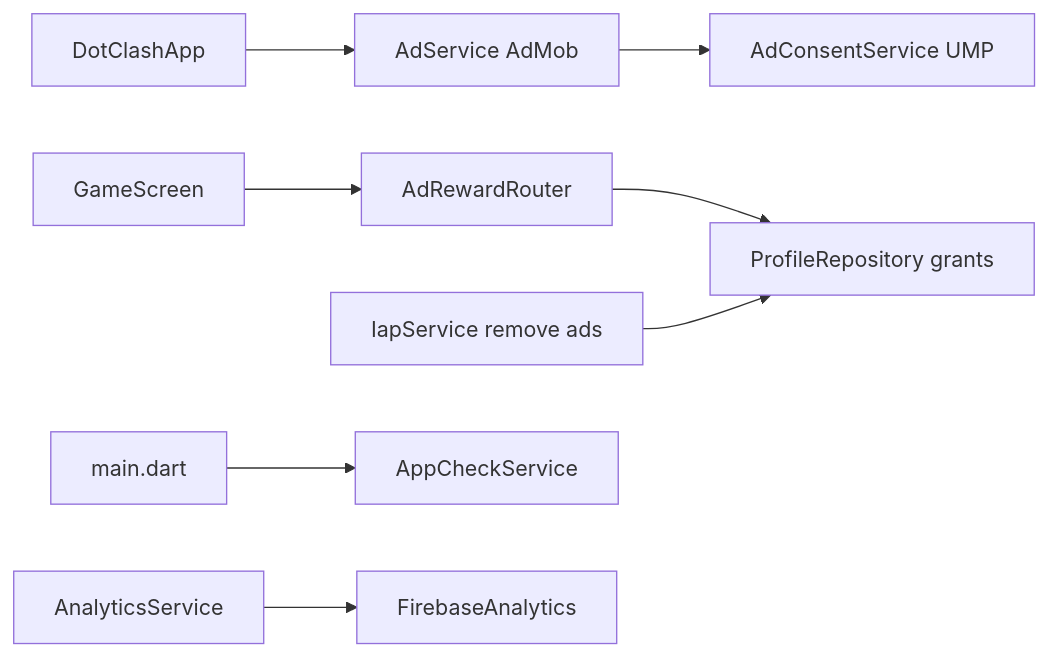
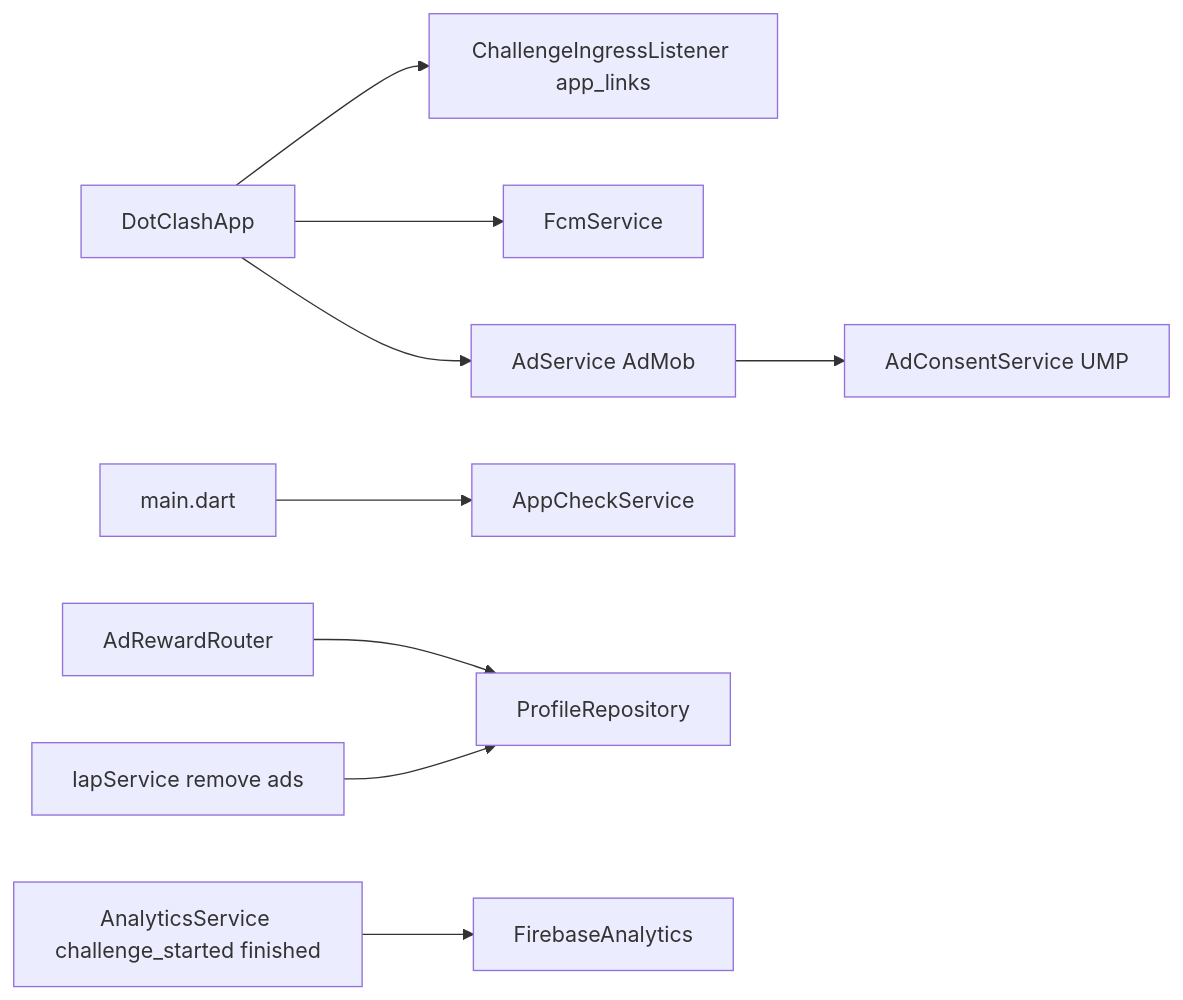
One commit to vividmemories-games/Dot_Clash changed the ninth of 10 diagrams in docs/architecture.md. Above: the diagram before and after it, drawn with Mermaid. The commit also changed other lines of this file and 13 other files, not shown here.

````diff
--- a/docs/architecture.md
+++ b/docs/architecture.md
@@ -292,18 +416,21 @@
 ```mermaid
 flowchart LR
   App[DotClashApp]
+  Ingress[ChallengeIngressListener app_links]
+  FCM[FcmService]
   Ads[AdService AdMob]
   Consent[AdConsentService UMP]
   Rewards[AdRewardRouter]
   IAP[IapService remove ads]
-  Analytics[AnalyticsService]
+  Analytics[AnalyticsService challenge_started finished]
   AppCheck[AppCheckService]
 
+  App --> Ingress
+  App --> FCM
   App --> Ads
   Ads --> Consent
-  Rewards --> ProfileRepo[ProfileRepository grants]
-  GameScreen --> Rewards
+  Rewards --> ProfileRepo[ProfileRepository]
   IAP --> ProfileRepo
   Analytics --> FirebaseAnalytics
   Main[main.dart] --> AppCheck
 ```
````
